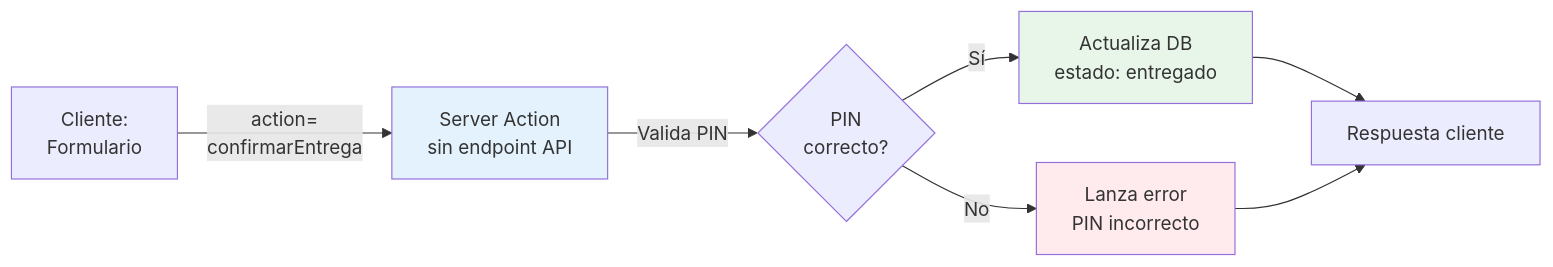
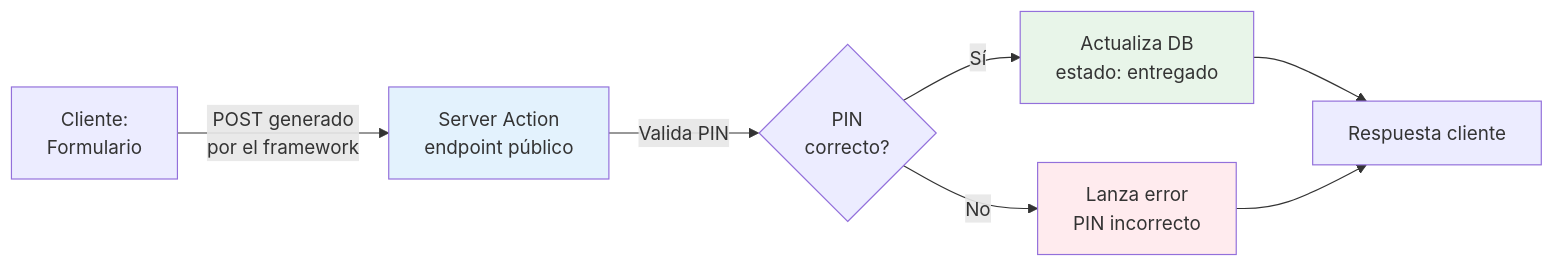
One commit to NICORUIZ93/The_Imperial_Book changed the second of 2 diagrams in web/public/content/react/modulo-10.md. Above: the diagram before and after it, drawn with Mermaid. The commit also changed other lines of this file and 32 other files, not shown here.

````diff
--- a/web/public/content/react/modulo-10.md
+++ b/web/public/content/react/modulo-10.md
@@ -227,13 +307,13 @@
 ```mermaid
 graph LR
-    A["Cliente:<br/>Formulario"] -->|action=<br/>confirmarEntrega| B["Server Action<br/>sin endpoint API"]
+    A["Cliente:<br/>Formulario"] -->|POST generado<br/>por el framework| B["Server Action<br/>endpoint público"]
     B -->|Valida PIN| C{PIN<br/>correcto?}
     C -->|Sí| D["Actualiza DB<br/>estado: entregado"]
     C -->|No| E["Lanza error<br/>PIN incorrecto"]
     D --> F["Respuesta cliente"]
     E --> F
     
     style B fill:#e3f2fd
     style D fill:#e8f5e9
     style E fill:#ffebee
 ```
````
